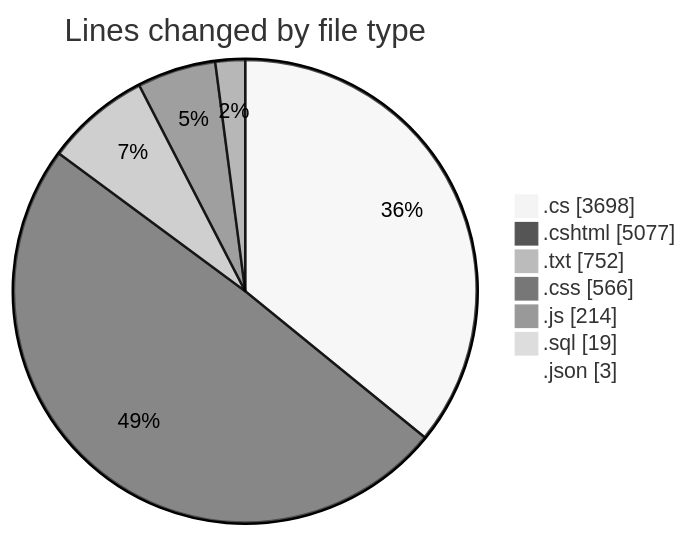
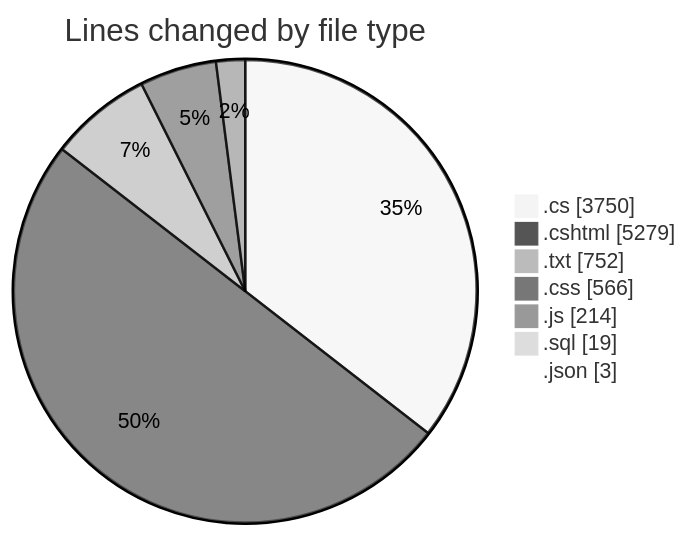
Before and after one commit to lephambinh05/code-tracking: the first of 2 diagrams in 2025-07-28/quanlyrapchieuphim-1/README.md, drawn with Mermaid (neutral theme). The commit also changed other lines of this file and 1 other file, not shown here.

````diff
--- a/2025-07-28/quanlyrapchieuphim-1/README.md
+++ b/2025-07-28/quanlyrapchieuphim-1/README.md
@@ -47,11 +48,11 @@
 ```mermaid
 pie showData
 title Lines changed by file type
-".cs" : 3698
-".cshtml" : 5077
+".cs" : 3750
+".cshtml" : 5279
 ".txt" : 752
 ".css" : 566
 ".js" : 214
 ".sql" : 19
 ".json" : 3
 ```
````
